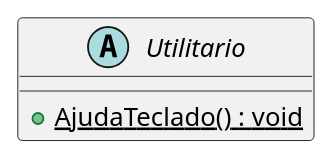
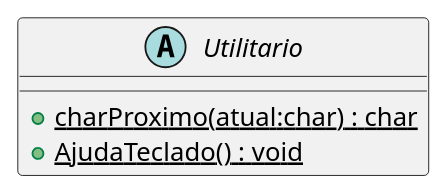
One commit to GCG-FURB/disciplinaCg_2020-2_not_equipe-01 changed the diagram in unidade_3/CG_N3/plantuml/Utilitario.puml. Above: the diagram before and after it, drawn with PlantUML. The commit also changed 14 other files, not shown here.

Commit message:
Diagrama

```diff
--- a/unidade_3/CG_N3/plantuml/Utilitario.puml
+++ b/unidade_3/CG_N3/plantuml/Utilitario.puml
@@ -1,5 +1,6 @@
 @startuml
 abstract class Utilitario {
+    + {static} charProximo(atual:char) : char
     + {static} AjudaTeclado() : void
 }
 @enduml
```
